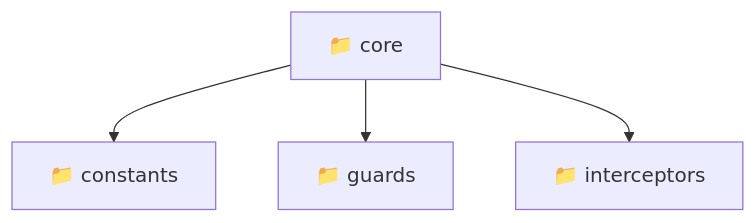
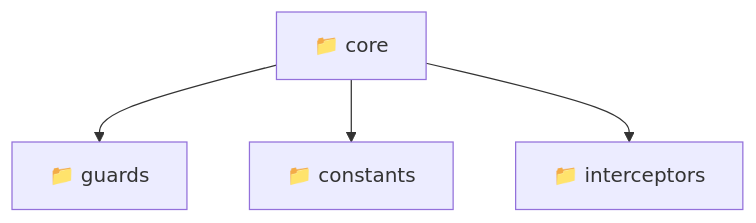
The diagram in frontend/src/core/README.md (beginwebdev2002/fullstack-mavluda), drawn with Mermaid before and after one commit. The commit also changed other lines of this file and 166 other files, not shown here.

First line of the commit message:
docs: generate repository-wide architectural README files

````diff
--- a/frontend/src/core/README.md
+++ b/frontend/src/core/README.md
@@ -9,7 +11,10 @@
 ```mermaid
 graph TD
-  Root["📁 core"]
-  Root --> constants["📁 constants"]
-  Root --> guards["📁 guards"]
-  Root --> interceptors["📁 interceptors"]
+  f_Root_core["📁 core"]
+  f_Dir_guards["📁 guards"]
+  f_Root_core --> f_Dir_guards
+  f_Dir_constants["📁 constants"]
+  f_Root_core --> f_Dir_constants
+  f_Dir_interceptors["📁 interceptors"]
+  f_Root_core --> f_Dir_interceptors
 ```
````
